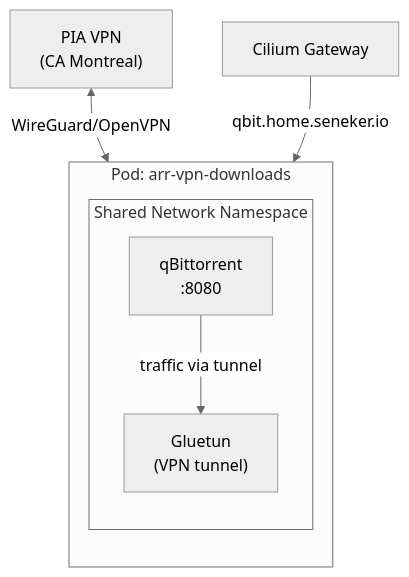
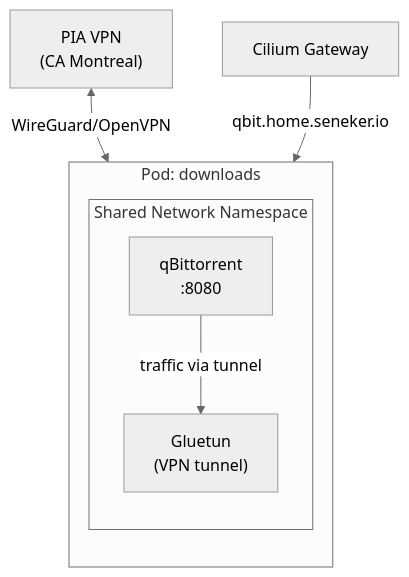
Before and after one commit to kyleseneker/homelab: the diagram in docs/apps/downloads.md, drawn with Mermaid (neutral theme). The commit also changed other lines of this file and 217 other files, not shown here.

````diff
--- a/docs/apps/downloads.md
+++ b/docs/apps/downloads.md
@@ -40,14 +40,14 @@
 ```mermaid
 flowchart TB
-    subgraph pod["Pod: arr-vpn-downloads"]
+    subgraph pod["Pod: downloads"]
         direction TB
         subgraph netns["Shared Network Namespace"]
             gluetun["Gluetun\n(VPN tunnel)"]
             qbit["qBittorrent\n:8080"]
         end
     end
 
     vpn["PIA VPN\n(CA Montreal)"] <-->|"WireGuard/OpenVPN"| gluetun
     qbit -->|"traffic via tunnel"| gluetun
     gateway["Cilium Gateway"] -->|"qbit.home.seneker.io"| netns
 ```
````
